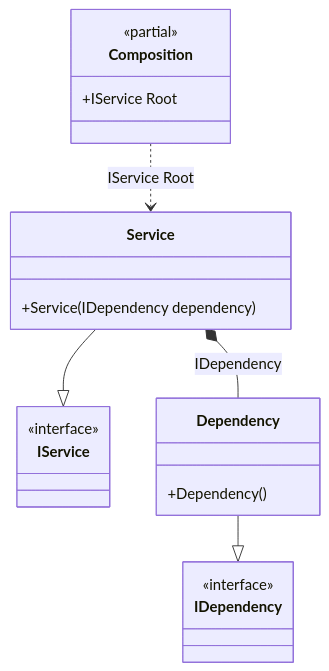
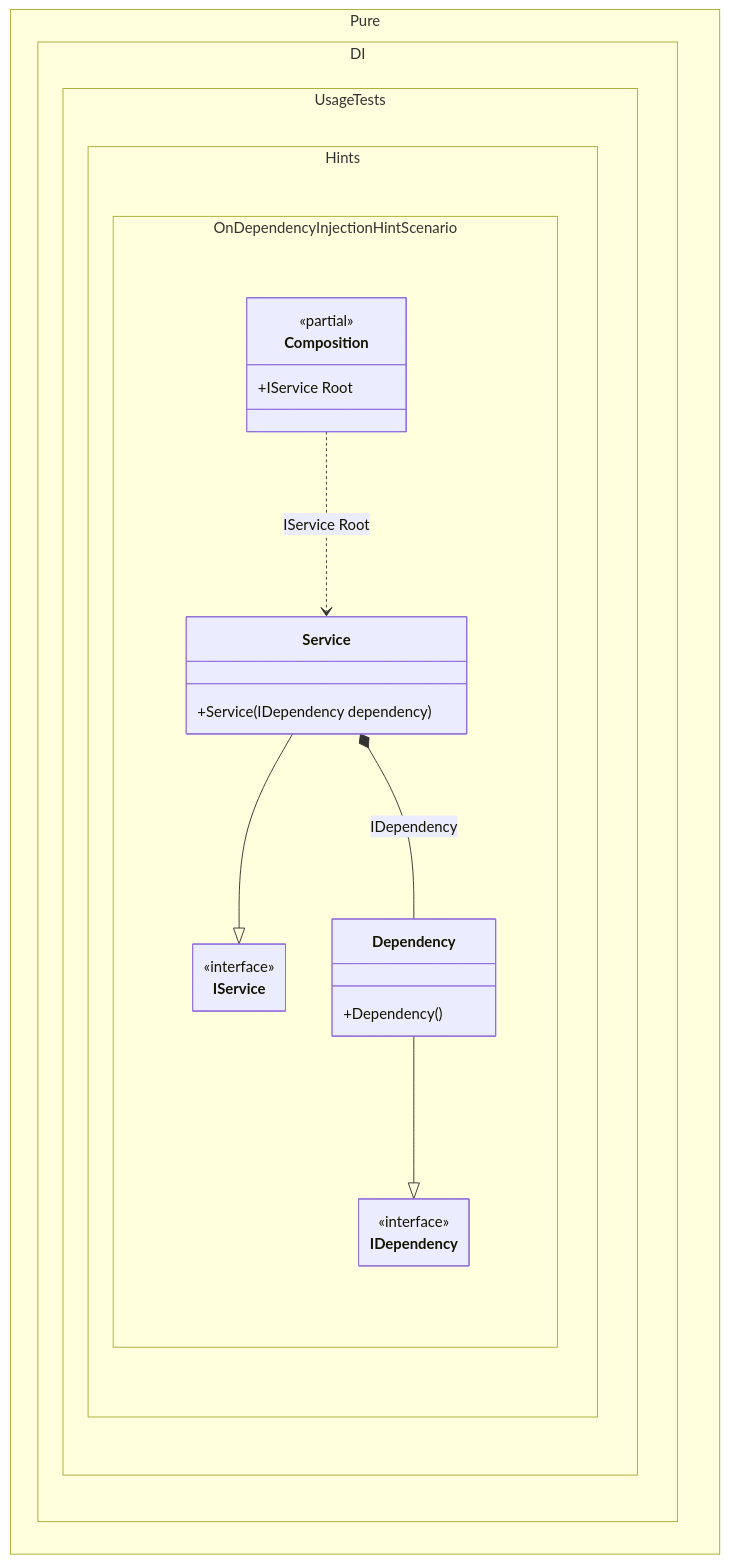
One commit to DevTeam/Pure.DI changed the diagram in readme/ondependencyinjection-hint.md. Above: the diagram before and after it, drawn with Mermaid. The commit also changed 103 other files, not shown here.

Commit message:
Improved class diagrams

````diff
--- a/readme/ondependencyinjection-hint.md
+++ b/readme/ondependencyinjection-hint.md
@@ -94,23 +94,30 @@
 ```mermaid
+---
+ config:
+  class:
+   hideEmptyMembersBox: true
+---
 classDiagram
-	class Composition {
+	Service --|> IService
+	Dependency --|> IDependency
+	Composition ..> Service : IService Root
+	Service *--  Dependency : IDependency
+	namespace Pure.DI.UsageTests.Hints.OnDependencyInjectionHintScenario {
+		class Composition {
 		<<partial>>
 		+IService Root
+		}
+		class Dependency {
+			+Dependency()
+		}
+		class IDependency {
+			<<interface>>
+		}
+		class IService {
+			<<interface>>
+		}
+		class Service {
+			+Service(IDependency dependency)
+		}
 	}
-	Service --|> IService
-	class Service {
-		+Service(IDependency dependency)
-	}
-	Dependency --|> IDependency
-	class Dependency {
-		+Dependency()
-	}
-	class IService {
-		<<interface>>
-	}
-	class IDependency {
-		<<interface>>
-	}
-	Composition ..> Service : IService Root
-	Service *--  Dependency : IDependency
 ```
````
